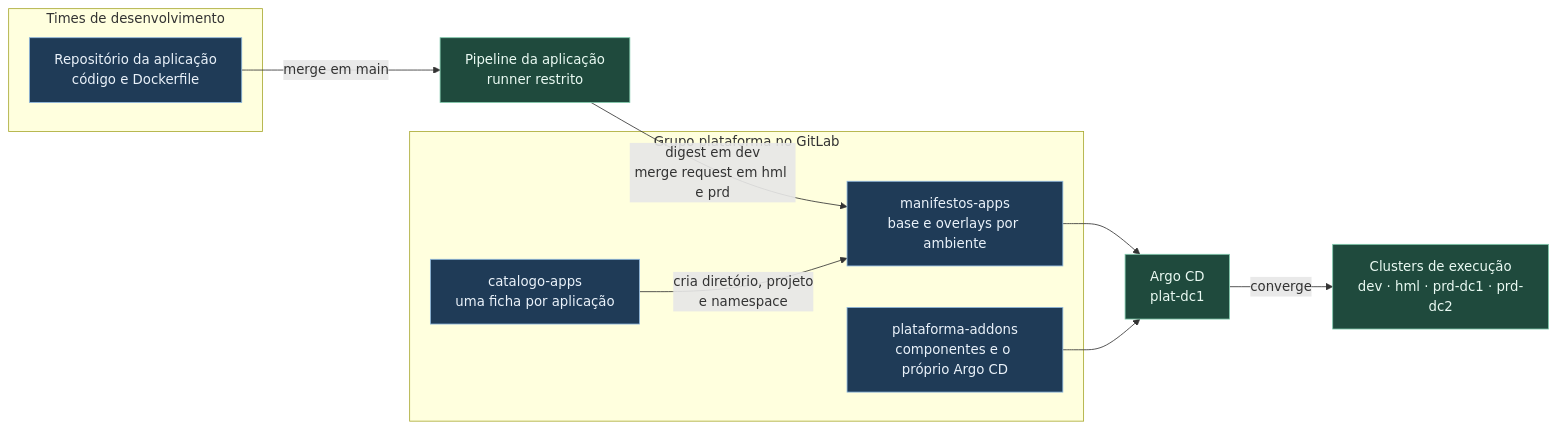
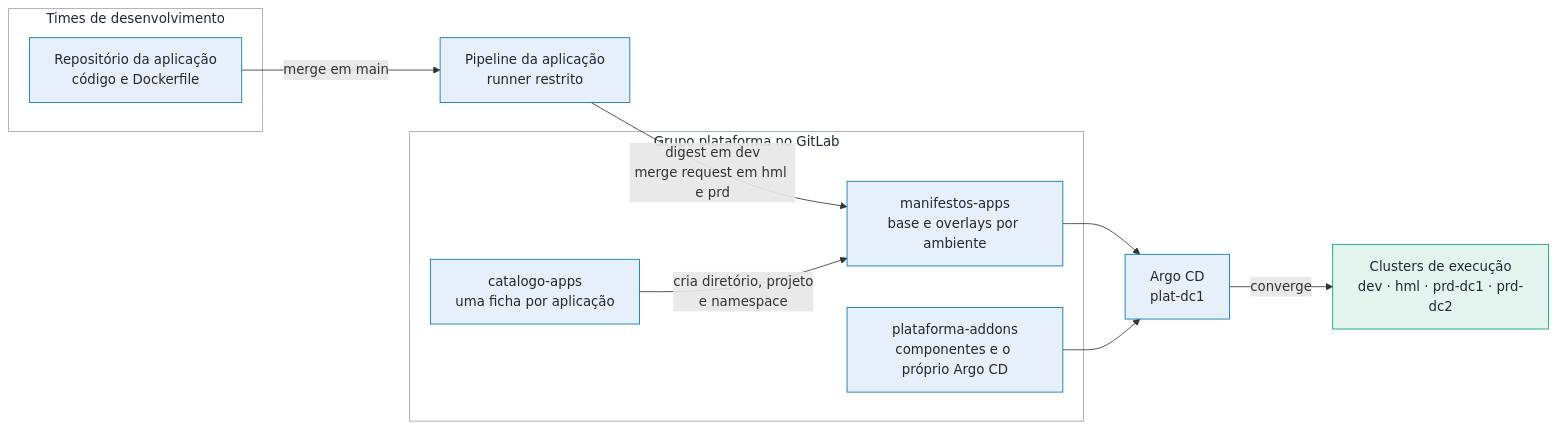
The first of 3 diagrams in docs/09-gitops-argocd.md (DiegoAmorimDev/plataforma-entrega-sefaz), drawn with Mermaid before and after one commit. The commit also changed other lines of this file and 12 other files, not shown here.

````diff
--- a/docs/09-gitops-argocd.md
+++ b/docs/09-gitops-argocd.md
@@ -16,28 +18,30 @@
 ```mermaid
 flowchart LR
     subgraph TIMES["Times de desenvolvimento"]
         COD["Repositório da aplicação<br/>código e Dockerfile"]
     end
 
     subgraph PLATG["Grupo plataforma no GitLab"]
         CAT["catalogo-apps<br/>uma ficha por aplicação"]
         MAN["manifestos-apps<br/>base e overlays por ambiente"]
         ADD["plataforma-addons<br/>componentes e o próprio Argo CD"]
     end
 
     PIPE["Pipeline da aplicação<br/>runner restrito"]
     ARGO["Argo CD<br/>plat-dc1"]
     CL["Clusters de execução<br/>dev · hml · prd-dc1 · prd-dc2"]
 
     COD -->|merge em main| PIPE
     PIPE -->|digest em dev<br/>merge request em hml e prd| MAN
     CAT -->|cria diretório, projeto<br/>e namespace| MAN
     MAN --> ARGO
     ADD --> ARGO
     ARGO -->|converge| CL
 
-    classDef rep fill:#1f3b57,stroke:#8fb8de,color:#eaf2fa
-    classDef ag fill:#1f4a3d,stroke:#7fc8ab,color:#eafaf3
-    class CAT,MAN,ADD,COD rep
-    class ARGO,CL,PIPE ag
+    classDef entrega fill:#E6F0FA,stroke:#0072B2,color:#1F2937
+    classDef execucao fill:#E3F4EE,stroke:#009E73,color:#1F2937
+    class COD,CAT,MAN,ADD,PIPE,ARGO entrega
+    class CL execucao
+    style TIMES fill:#FFFFFF,stroke:#9CA3AF,color:#1F2937
+    style PLATG fill:#FFFFFF,stroke:#9CA3AF,color:#1F2937
 ```
````
